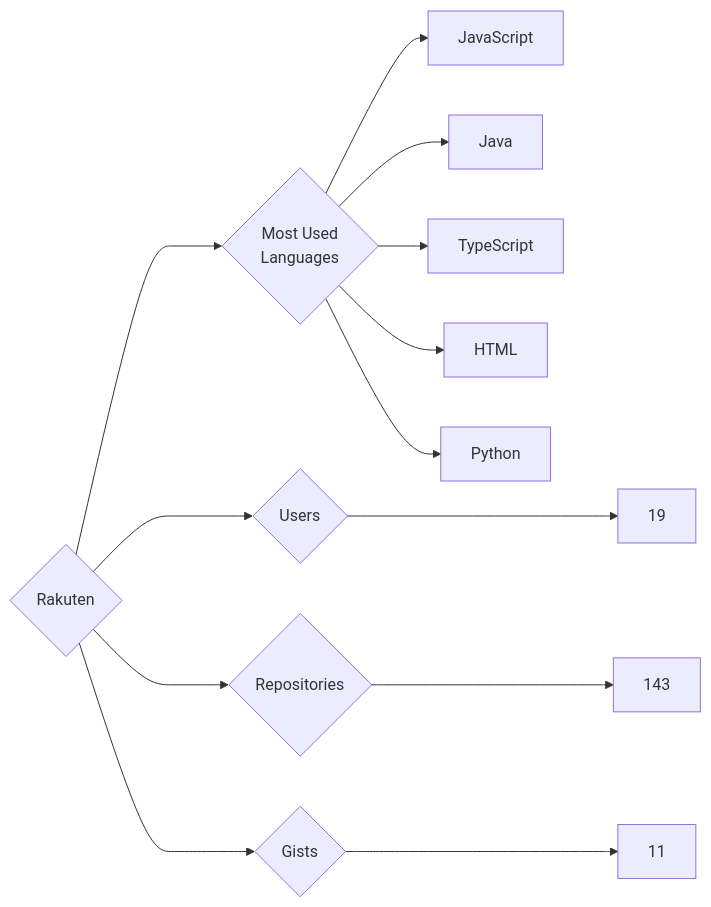
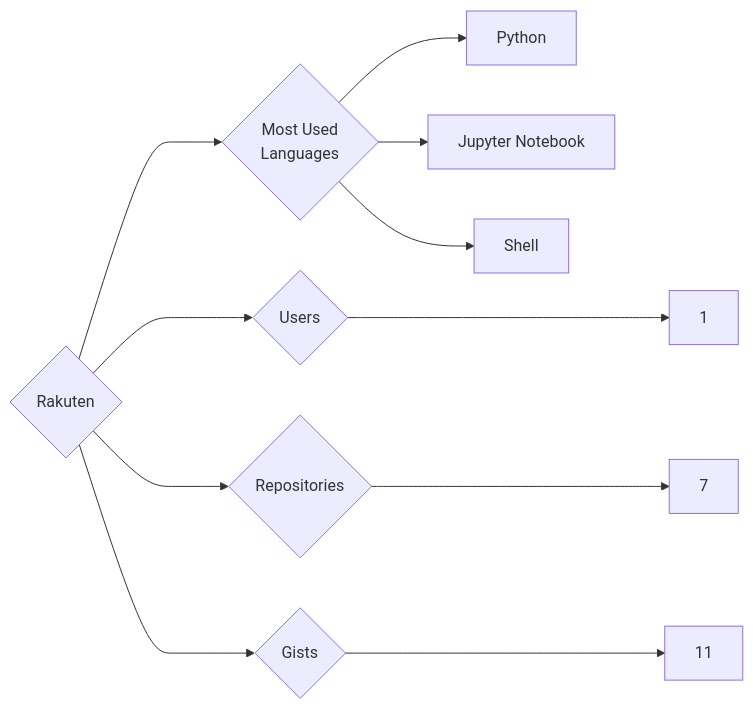
The diagram in targets/Rakuten/README.md (trickest/insiders), drawn with Mermaid before and after one commit. The commit also changed 677 other files, not shown here.

````diff
--- a/targets/Rakuten/README.md
+++ b/targets/Rakuten/README.md
@@ -3,13 +3,11 @@
 ```mermaid
 graph LR
 COMPANY_NAME{Rakuten}
-COMPANY_NAME ---> U{Users} ---> UN[19]
-COMPANY_NAME ---> R{Repositories} ---> RN[143]
+COMPANY_NAME ---> U{Users} ---> UN[1]
+COMPANY_NAME ---> R{Repositories} ---> RN[7]
 COMPANY_NAME ---> G{Gists} ---> GN[11]
 COMPANY_NAME ---> ML{Most Used<br>Languages}
-ML --> JavaScript[JavaScript]
-ML --> Java[Java]
-ML --> TypeScript[TypeScript]
-ML --> HTML[HTML]
 ML --> Python[Python]
+ML --> Jupyter_Notebook[Jupyter Notebook]
+ML --> Shell[Shell]
 ```
````
